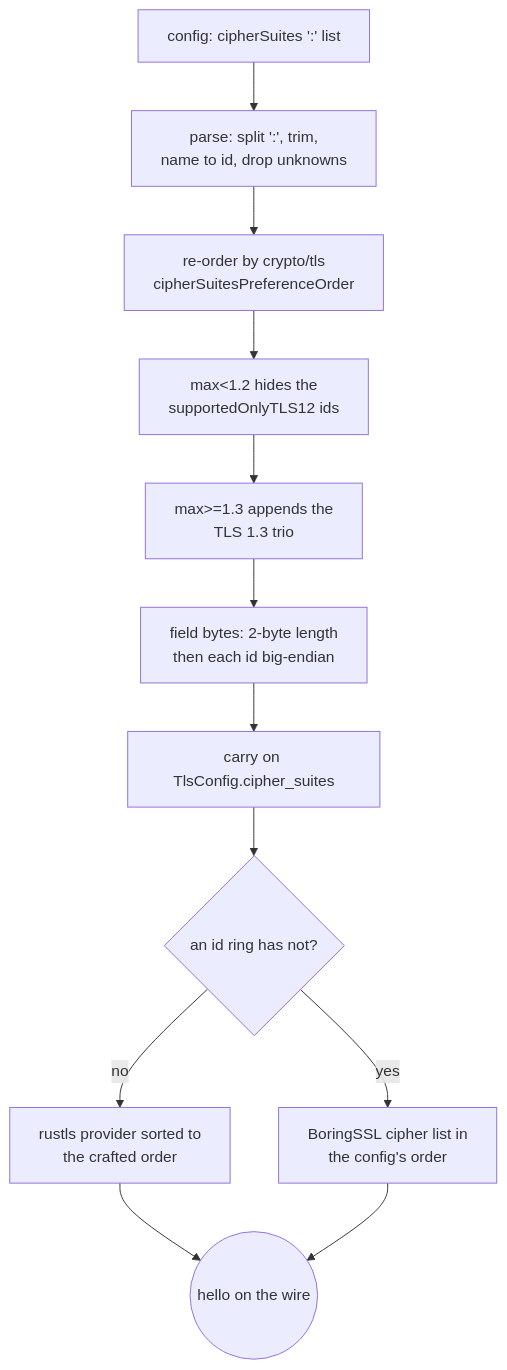
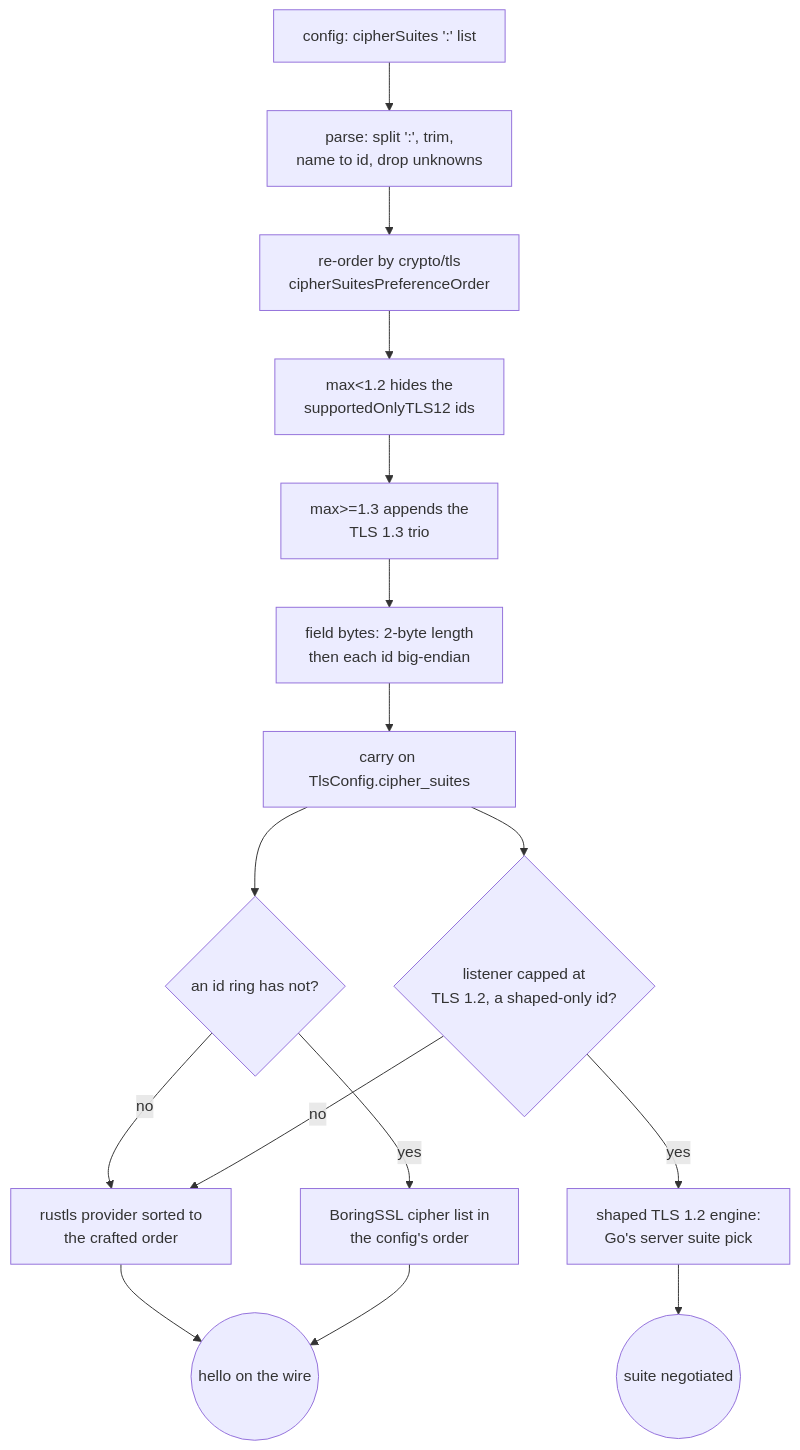
Before and after one commit to Ferrocite/ferrox: the diagram in docs/function/tls-cipher-suites.md, drawn with Mermaid. The commit also changed other lines of this file and 8 other files, not shown here.

````diff
--- a/docs/function/tls-cipher-suites.md
+++ b/docs/function/tls-cipher-suites.md
@@ -9,14 +9,18 @@
 ```mermaid
 graph TD
     C["config: cipherSuites ':' list"] --> P["parse: split ':', trim,<br/>name to id, drop unknowns"]
     P --> R["re-order by crypto/tls<br/>cipherSuitesPreferenceOrder"]
     R --> V["max<1.2 hides the<br/>supportedOnlyTLS12 ids"]
     V --> T["max>=1.3 appends the<br/>TLS 1.3 trio"]
     T --> F["field bytes: 2-byte length<br/>then each id big-endian"]
     F --> E["carry on TlsConfig.cipher_suites"]
     E --> S{"an id ring has not?"}
     S -->|no| B["rustls provider sorted to<br/>the crafted order"]
     S -->|yes| L["BoringSSL cipher list in<br/>the config's order"]
+    E --> X{"listener capped at<br/>TLS 1.2, a shaped-only id?"}
+    X -->|yes| H["shaped TLS 1.2 engine:<br/>Go's server suite pick"]
+    X -->|no| B
     B --> W(("hello on the wire"))
     L --> W
+    H --> N(("suite negotiated"))
 ```
````
